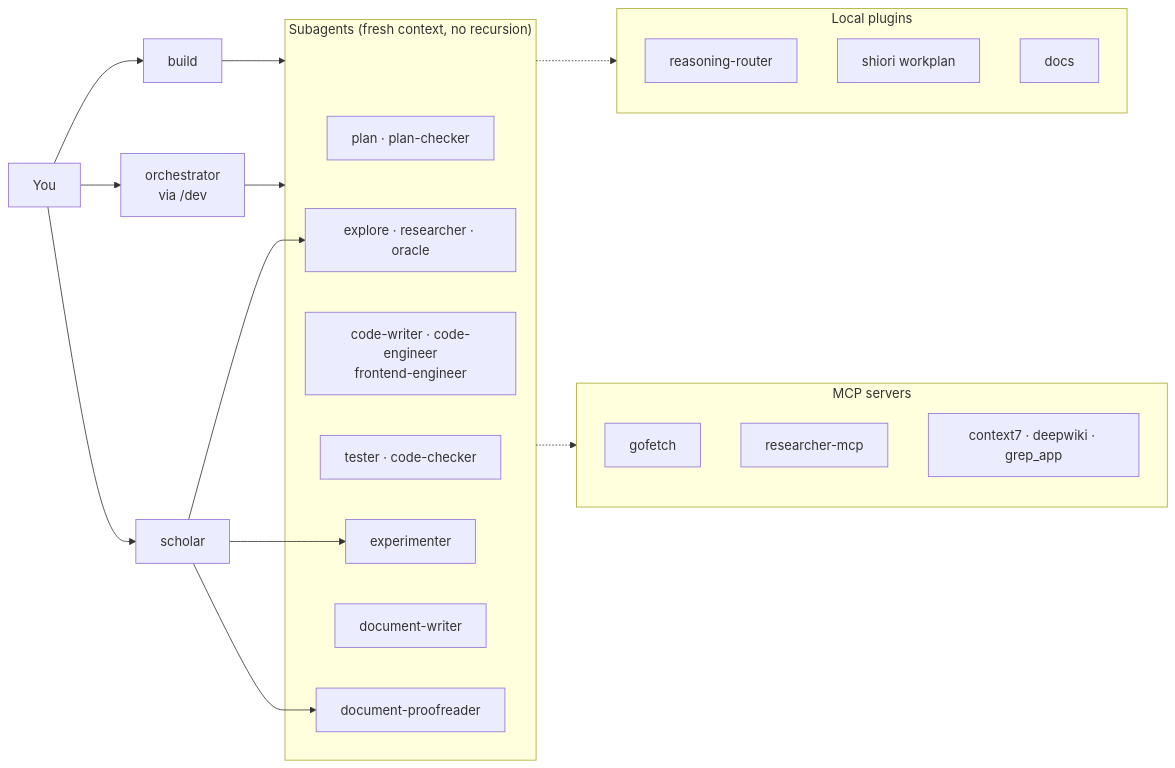
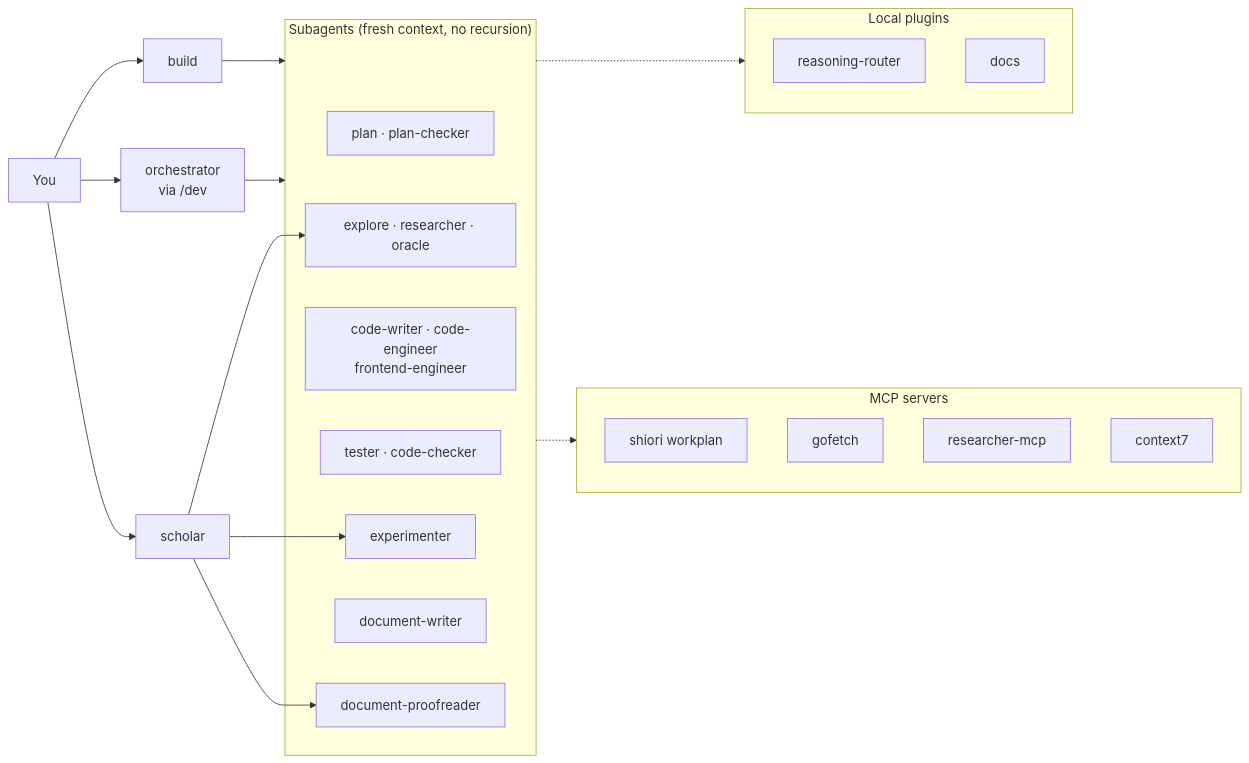
The diagram in README.md (hoshinoht/hoshi-opencode2), drawn with Mermaid before and after one commit. The commit also changed other lines of this file and 64 other files, not shown here.

````diff
--- a/README.md
+++ b/README.md
@@ -123,32 +124,32 @@
 ```mermaid
 flowchart LR
   U[You] --> B[build]
   U --> O[orchestrator<br/>via /dev]
   U --> S[scholar]
   subgraph Workers["Subagents (fresh context, no recursion)"]
     PL[plan · plan-checker]
     EX[explore · researcher · oracle]
     CW[code-writer · code-engineer<br/>frontend-engineer]
     QA[tester · code-checker]
     XP[experimenter]
     DW[document-writer]
     DP[document-proofreader]
   end
   B --> Workers
   O --> Workers
   S --> EX
   S --> XP
   S --> DP
   subgraph Plugins["Local plugins"]
     RR[reasoning-router]
-    WP[shiori workplan]
     DC[docs]
   end
   subgraph MCP["MCP servers"]
+    WP[shiori workplan]
     GF[gofetch]
     RM[researcher-mcp]
-    C7[context7 · deepwiki · grep_app]
+    C7[context7]
   end
   Workers -.-> Plugins
   Workers -.-> MCP
 ```
````
